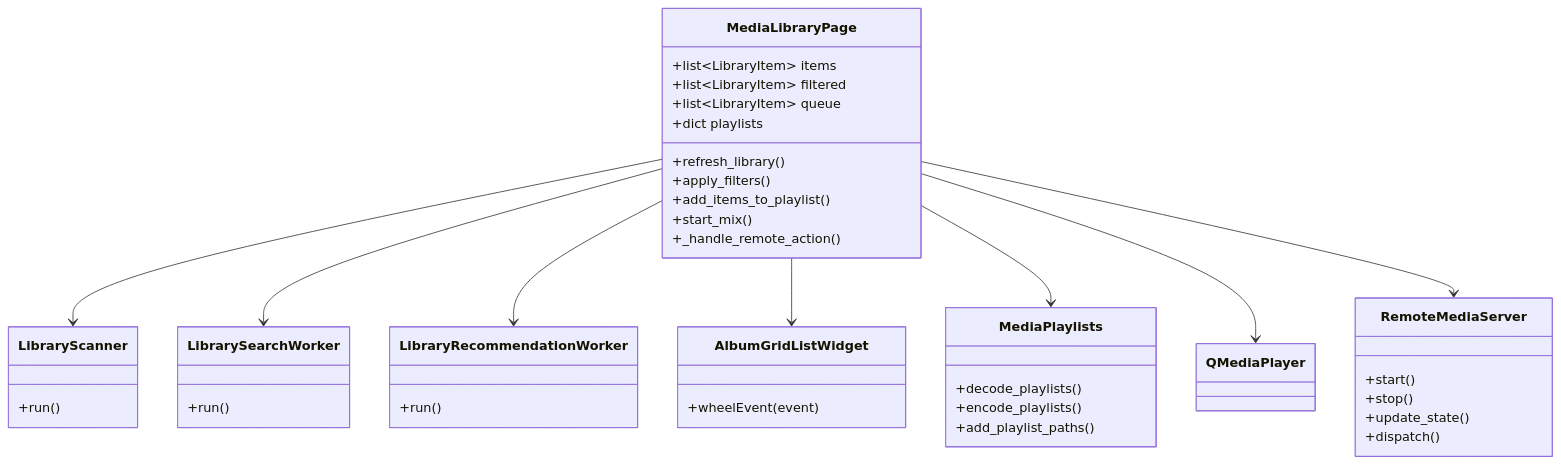
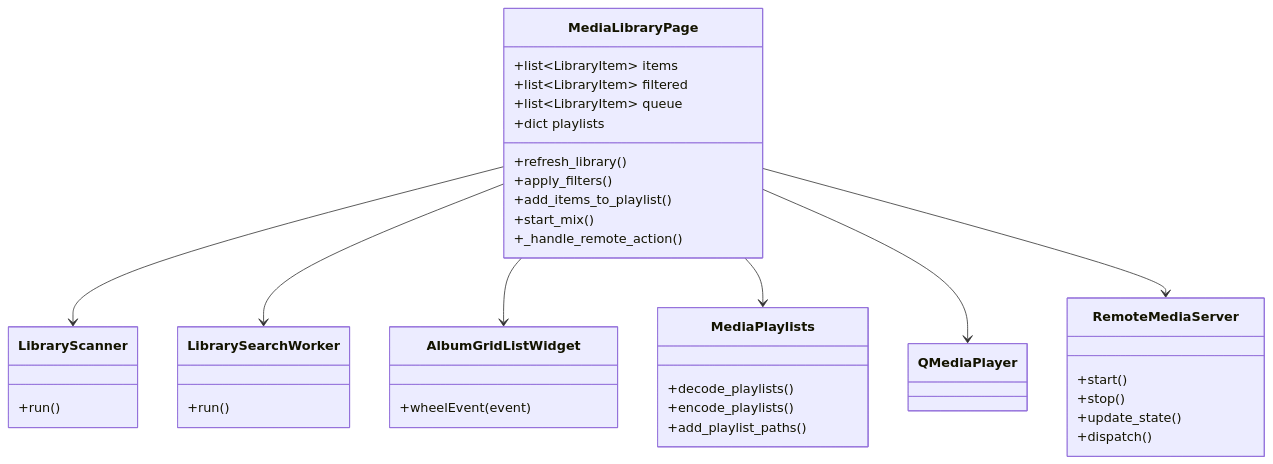
Before and after one commit to DhimanGhosh/YouTube_Media_Studio: the seventh of 8 diagrams in docs/LOW_LEVEL_DESIGN.md, drawn with Mermaid. The commit also changed 3 other files, not shown here.

````diff
--- a/docs/LOW_LEVEL_DESIGN.md
+++ b/docs/LOW_LEVEL_DESIGN.md
@@ -269,46 +269,42 @@
 ```mermaid
 classDiagram
     class MediaLibraryPage {
       +list~LibraryItem~ items
       +list~LibraryItem~ filtered
       +list~LibraryItem~ queue
       +dict playlists
       +refresh_library()
       +apply_filters()
       +add_items_to_playlist()
       +start_mix()
       +_handle_remote_action()
     }
     class RemoteMediaServer {
       +start()
       +stop()
       +update_state()
       +dispatch()
     }
     class LibraryScanner {
       +run()
     }
     class LibrarySearchWorker {
       +run()
     }
-    class LibraryRecommendationWorker {
-      +run()
-    }
     class AlbumGridListWidget {
       +wheelEvent(event)
     }
     class MediaPlaylists {
       +decode_playlists()
       +encode_playlists()
       +add_playlist_paths()
     }
     class QMediaPlayer
 
     MediaLibraryPage --> LibraryScanner
     MediaLibraryPage --> LibrarySearchWorker
-    MediaLibraryPage --> LibraryRecommendationWorker
     MediaLibraryPage --> AlbumGridListWidget
     MediaLibraryPage --> MediaPlaylists
     MediaLibraryPage --> QMediaPlayer
     MediaLibraryPage --> RemoteMediaServer
 ```
````
